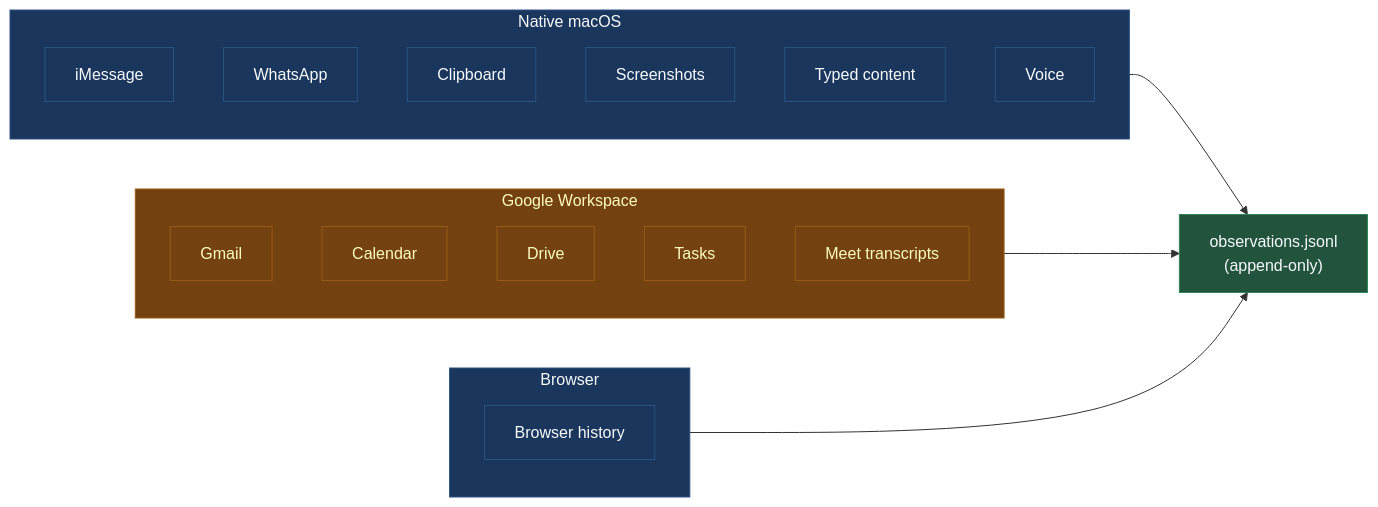
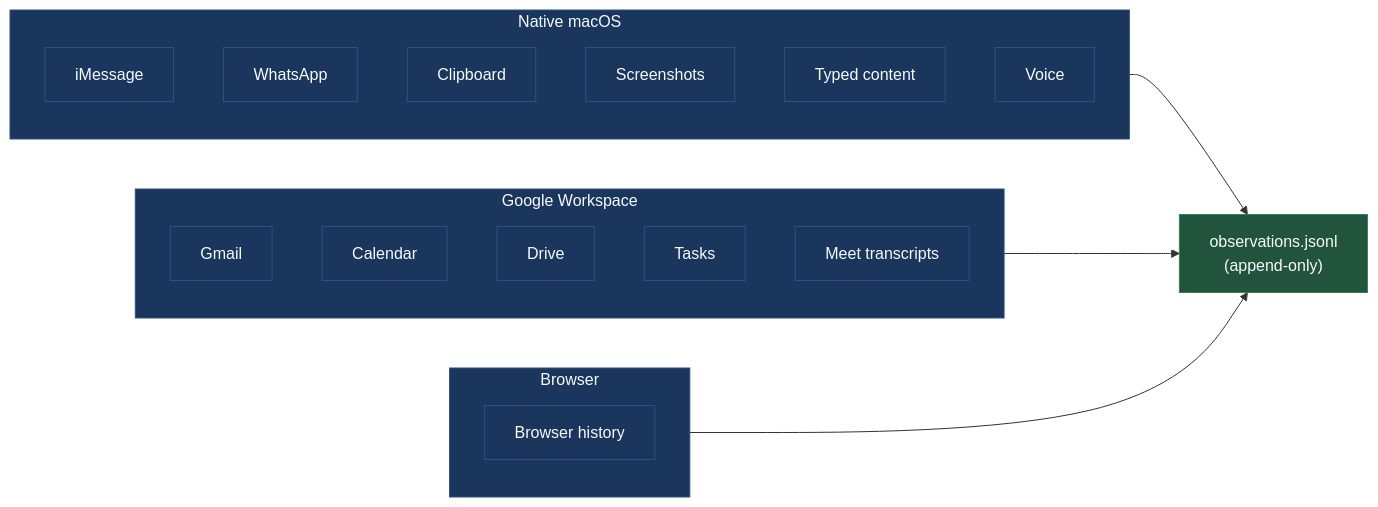
One commit to dwurtz/lighthouse changed the first of 3 diagrams in docs-site/docs/signals.md. Above: the diagram before and after it, drawn with Mermaid. The commit also changed other lines of this file and 11 other files, not shown here.

````diff
--- a/docs-site/docs/signals.md
+++ b/docs-site/docs/signals.md
@@ -5,35 +5,37 @@
 ```mermaid
 flowchart LR
     subgraph Native["Native macOS"]
         IM[iMessage]
         WA[WhatsApp]
         CL[Clipboard]
         SS[Screenshots]
         TY[Typed content]
         VO[Voice]
     end
 
     subgraph Google["Google Workspace"]
         EM[Gmail]
         CA[Calendar]
         DR[Drive]
         TK[Tasks]
         MT[Meet transcripts]
     end
 
     subgraph Browser
         BR["Browser history"]
     end
 
     Native --> Obs["observations.jsonl<br/>(append-only)"]
     Google --> Obs
     Browser --> Obs
 
-    classDef nm fill:#1a365d,stroke:#2c5282,color:#f7fafc
-    classDef gw fill:#744210,stroke:#975a16,color:#fefcbf
-    classDef obs fill:#22543d,stroke:#2f855a,color:#f7fafc
-    class Native,IM,WA,CL,SS,TY,VO nm
-    class Google,EM,CA,DR,TK,MT gw
-    class Browser,BR nm
-    class Obs obs
+    classDef source  fill:#1a365d,stroke:#2c5282,color:#f7fafc
+    classDef wiki    fill:#22543d,stroke:#2f855a,color:#f7fafc
+    classDef process fill:#744210,stroke:#975a16,color:#fefcbf
+    classDef cos     fill:#975a16,stroke:#d69e2e,color:#fefcbf
+    classDef aside   fill:#3d3d3d,stroke:#555,color:#ccc
+    class Native,IM,WA,CL,SS,TY,VO source
+    class Google,EM,CA,DR,TK,MT source
+    class Browser,BR source
+    class Obs wiki
 ```
````
